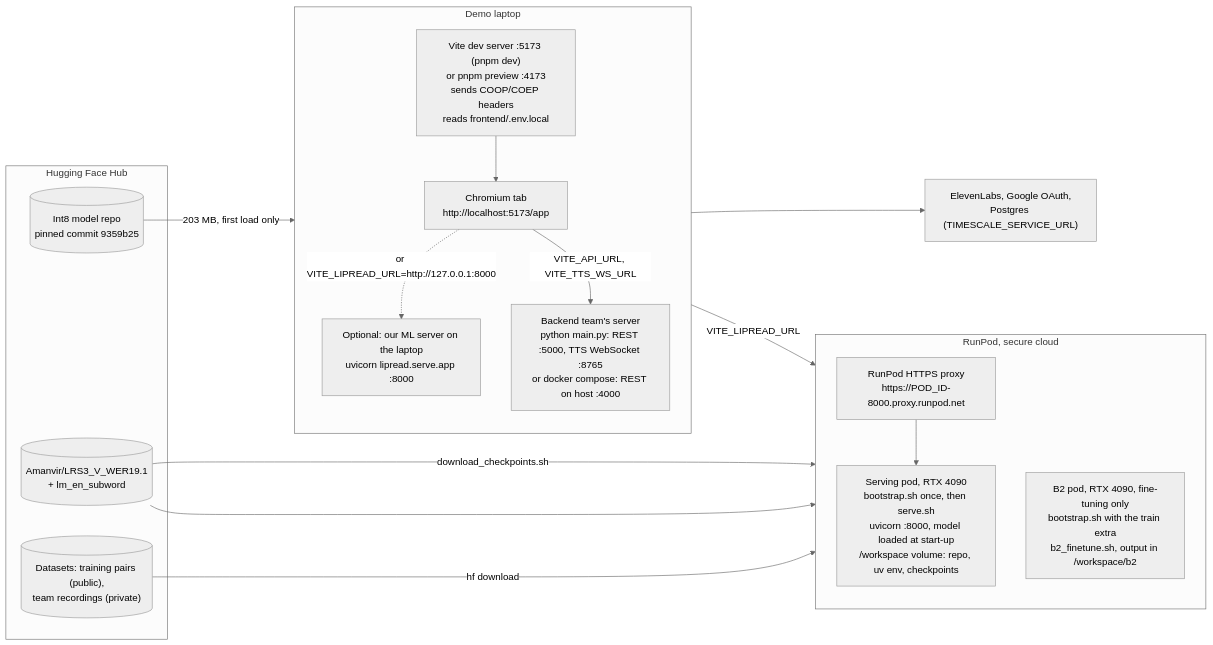
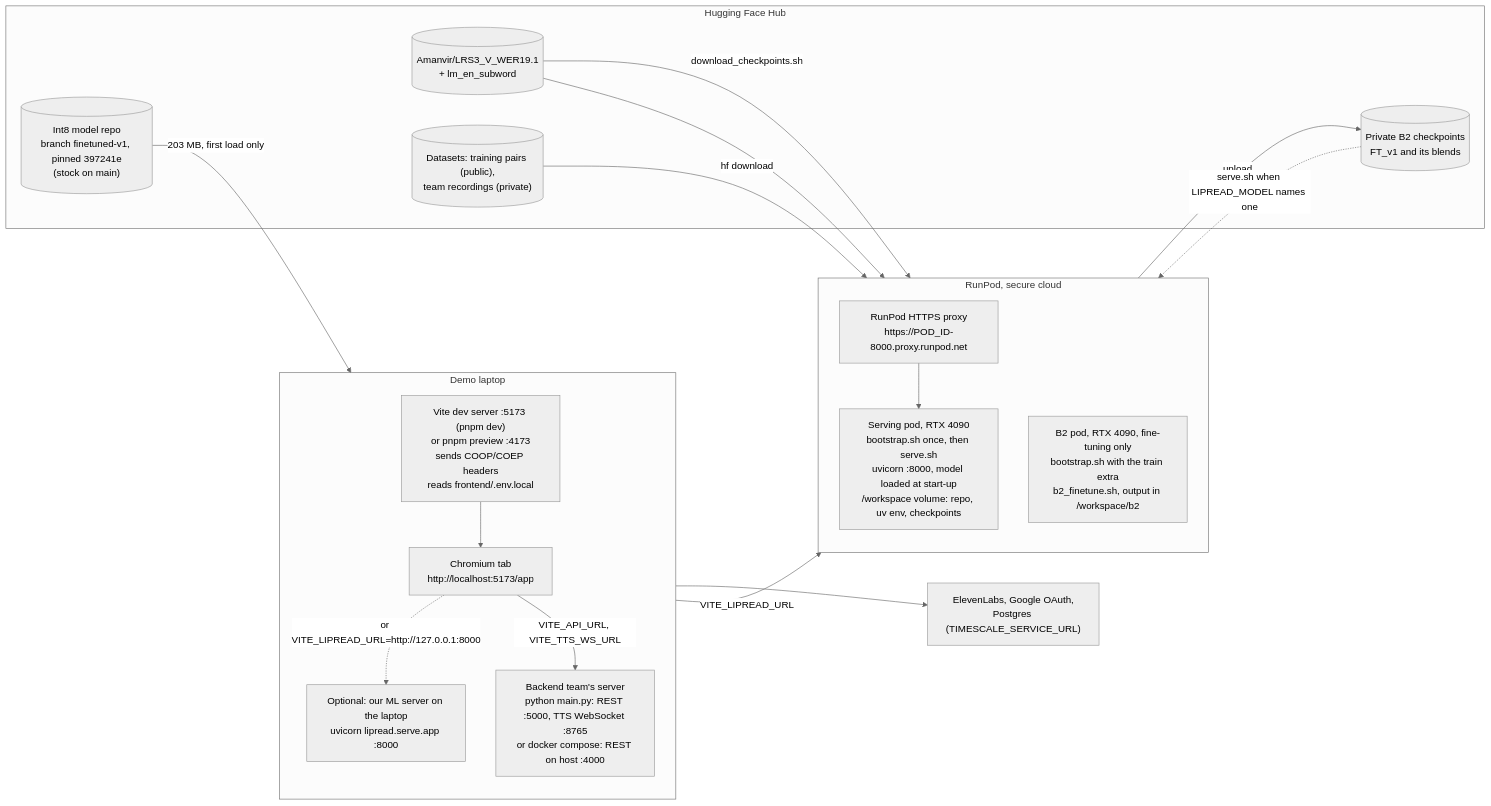
The diagram in docs/architecture/deployment.md (LMSAIH/stormhacks2026), drawn with Mermaid (neutral theme) before and after one commit. The commit also changed 4 other files, not shown here.

First line of the commit message:
docs(b2): follow-up on options 1-3 with eval v2; D90; diagrams show what ships

````diff
--- a/docs/architecture/deployment.md
+++ b/docs/architecture/deployment.md
@@ -8,36 +8,39 @@
 ```mermaid
 flowchart LR
   subgraph laptop["Demo laptop"]
     direction TB
     chrome["Chromium tab<br/>http://localhost:5173/app"]
     vite["Vite dev server :5173 (pnpm dev)<br/>or pnpm preview :4173<br/>sends COOP/COEP headers<br/>reads frontend/.env.local"]
     backend["Backend team's server<br/>python main.py: REST :5000, TTS WebSocket :8765<br/>or docker compose: REST on host :4000"]
     localml["Optional: our ML server on the laptop<br/>uvicorn lipread.serve.app :8000"]
   end
 
   subgraph runpod["RunPod, secure cloud"]
     direction TB
     proxy["RunPod HTTPS proxy<br/>https://POD_ID-8000.proxy.runpod.net"]
     serving["Serving pod, RTX 4090<br/>bootstrap.sh once, then serve.sh<br/>uvicorn :8000, model loaded at start-up<br/>/workspace volume: repo, uv env, checkpoints"]
     b2pod["B2 pod, RTX 4090, fine-tuning only<br/>bootstrap.sh with the train extra<br/>b2_finetune.sh, output in /workspace/b2"]
   end
 
   subgraph hub["Hugging Face Hub"]
-    model[("Int8 model repo<br/>pinned commit 9359b25")]
+    model[("Int8 model repo<br/>branch finetuned-v1, pinned 397241e<br/>(stock on main)")]
     ckpts[("Amanvir/LRS3_V_WER19.1<br/>+ lm_en_subword")]
+    b2ckpts[("Private B2 checkpoints<br/>FT_v1 and its blends")]
     data[("Datasets: training pairs (public),<br/>team recordings (private)")]
   end
 
   ext["ElevenLabs, Google OAuth,<br/>Postgres (TIMESCALE_SERVICE_URL)"]
 
   model -->|"203 MB, first load only"| chrome
   vite --> chrome
   chrome -->|"VITE_LIPREAD_URL"| proxy
   proxy --> serving
   chrome -.->|"or VITE_LIPREAD_URL=http://127.0.0.1:8000"| localml
   chrome -->|"VITE_API_URL, VITE_TTS_WS_URL"| backend
   backend --> ext
   ckpts -->|"download_checkpoints.sh"| serving
   ckpts --> b2pod
   data -->|"hf download"| b2pod
+  b2pod -->|"upload"| b2ckpts
+  b2ckpts -.->|"serve.sh when LIPREAD_MODEL names one"| serving
 ```
````
